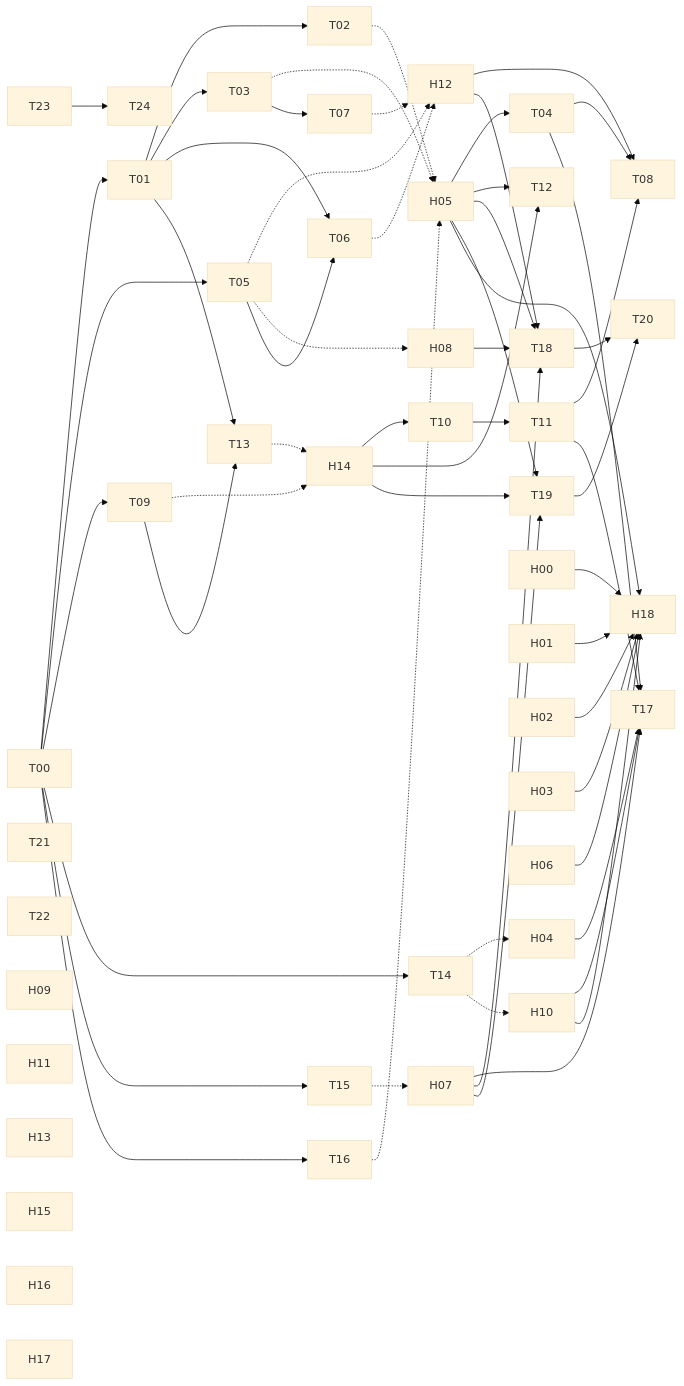
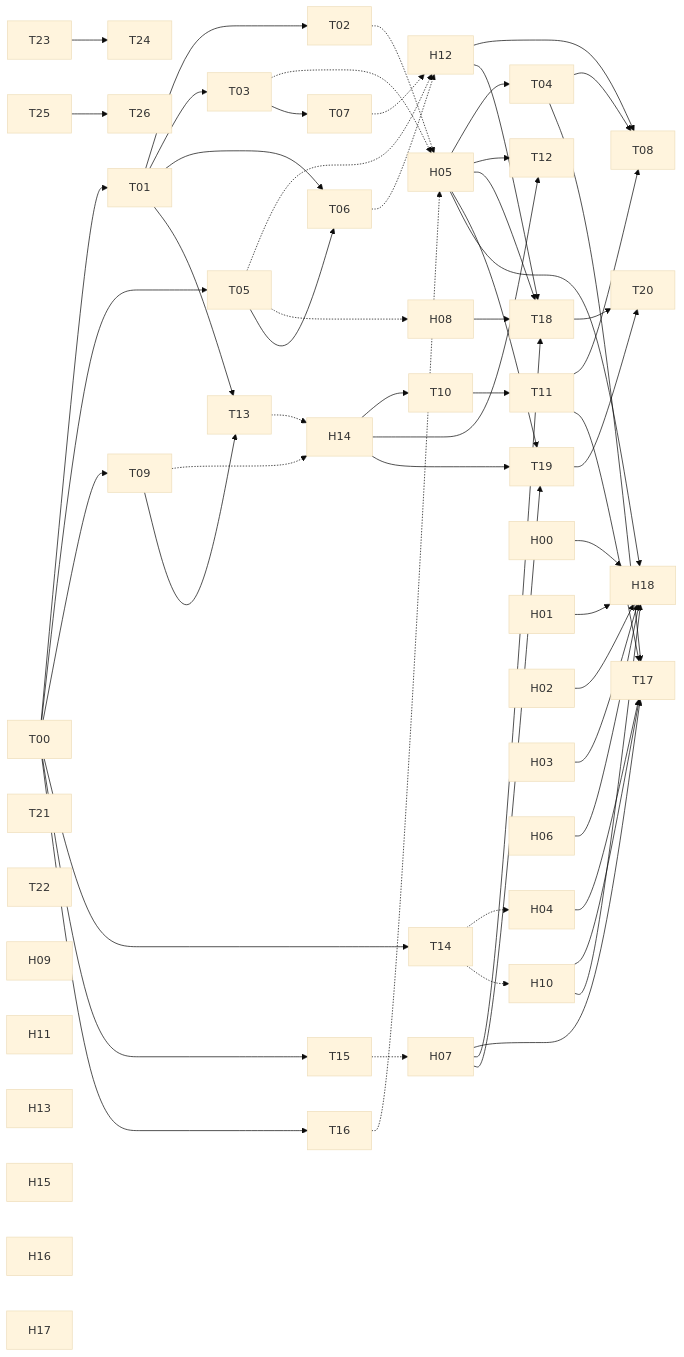
One commit to cuiyucheng0104-afk/beiming-engine changed the diagram in docs/routes/work-breakdown.md. Above: the diagram before and after it, drawn with Mermaid (base theme). The commit also changed other lines of this file and 83 other files, not shown here.

````diff
--- a/docs/routes/work-breakdown.md
+++ b/docs/routes/work-breakdown.md
@@ -55,66 +55,67 @@
 ```mermaid
 flowchart LR
   T00 --> T01
   T01 --> T02
   T02 -.-> H05
   T01 --> T03
   T03 -.-> H05
   H05 --> T04
   T00 --> T05
   T05 -.-> H12
   T05 -.-> H08
   T05 --> T06
   T01 --> T06
   T06 -.-> H12
   T03 --> T07
   T07 -.-> H12
   T04 --> T08
   H12 --> T08
   T11 --> T08
   T00 --> T09
   T09 -.-> H14
   H14 --> T10
   T10 --> T11
   H14 --> T12
   H05 --> T12
   T09 --> T13
   T01 --> T13
   T13 -.-> H14
   T00 --> T14
   T14 -.-> H04
   T14 -.-> H10
   T00 --> T15
   T15 -.-> H07
   T00 --> T16
   T16 -.-> H05
   T04 --> T17
   T11 --> T17
   H04 --> T17
   H10 --> T17
   H07 --> T17
   H12 --> T18
   H08 --> T18
   H07 --> T18
   H05 --> T18
   H14 --> T19
   H07 --> T19
   H05 --> T19
   T18 --> T20
   T19 --> T20
   T23 --> T24
+  T25 --> T26
   H00 --> H18
   H01 --> H18
   H02 --> H18
   H03 --> H18
   H05 --> H18
   H06 --> H18
   H10 --> H18
   T21
   T22
   H09
   H11
   H13
   H15
   H16
   H17
 ```
````
